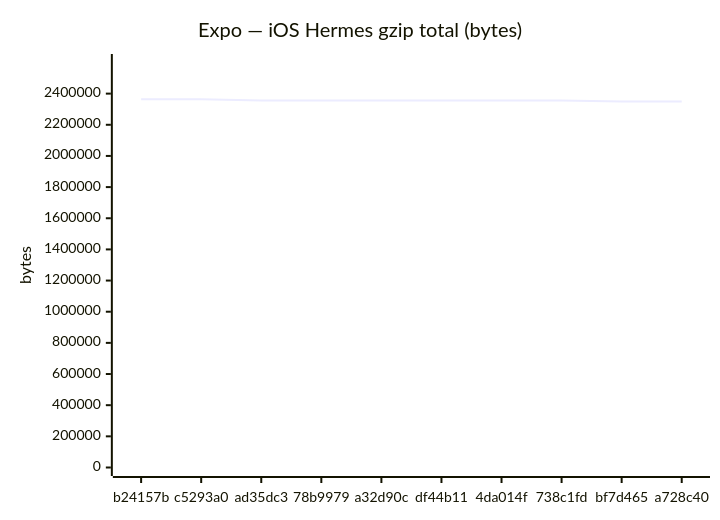
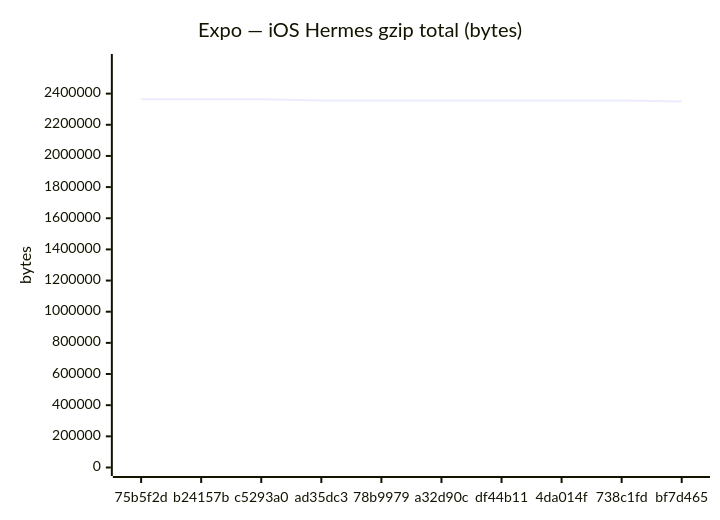
The eighth of 24 diagrams in benchmarks/compare.md (Metaheurist/Rianell), drawn with Mermaid before and after one commit. The commit also changed other lines of this file and 14 other files, not shown here.

````diff
--- a/benchmarks/compare.md
+++ b/benchmarks/compare.md
@@ -123,7 +123,7 @@
 ```mermaid
 xychart-beta
     title "Expo — iOS Hermes gzip total (bytes)"
-    x-axis ["b24157b", "c5293a0", "ad35dc3", "78b9979", "a32d90c", "df44b11", "4da014f", "738c1fd", "bf7d465", "a728c40"]
+    x-axis ["75b5f2d", "b24157b", "c5293a0", "ad35dc3", "78b9979", "a32d90c", "df44b11", "4da014f", "738c1fd", "bf7d465"]
     y-axis "bytes" 0 --> 2599775
-    line [2363431, 2363430, 2356086, 2356086, 2356058, 2356058, 2356060, 2356059, 2350178, 2350175]
+    line [2363429, 2363431, 2363430, 2356086, 2356086, 2356058, 2356058, 2356060, 2356059, 2350178]
 ```
````
